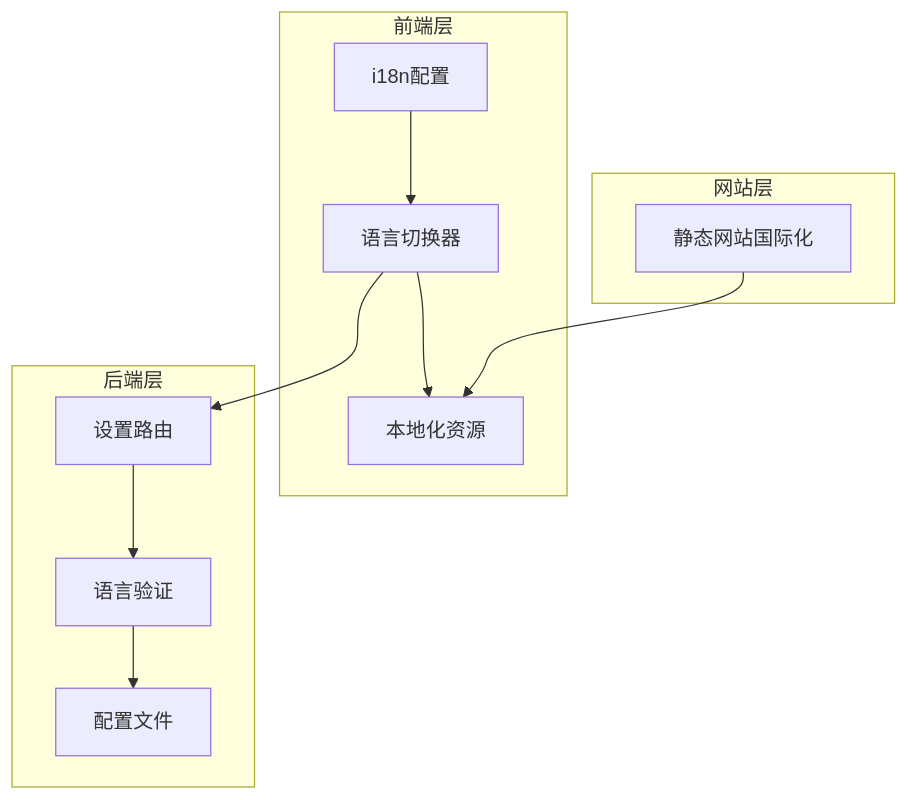
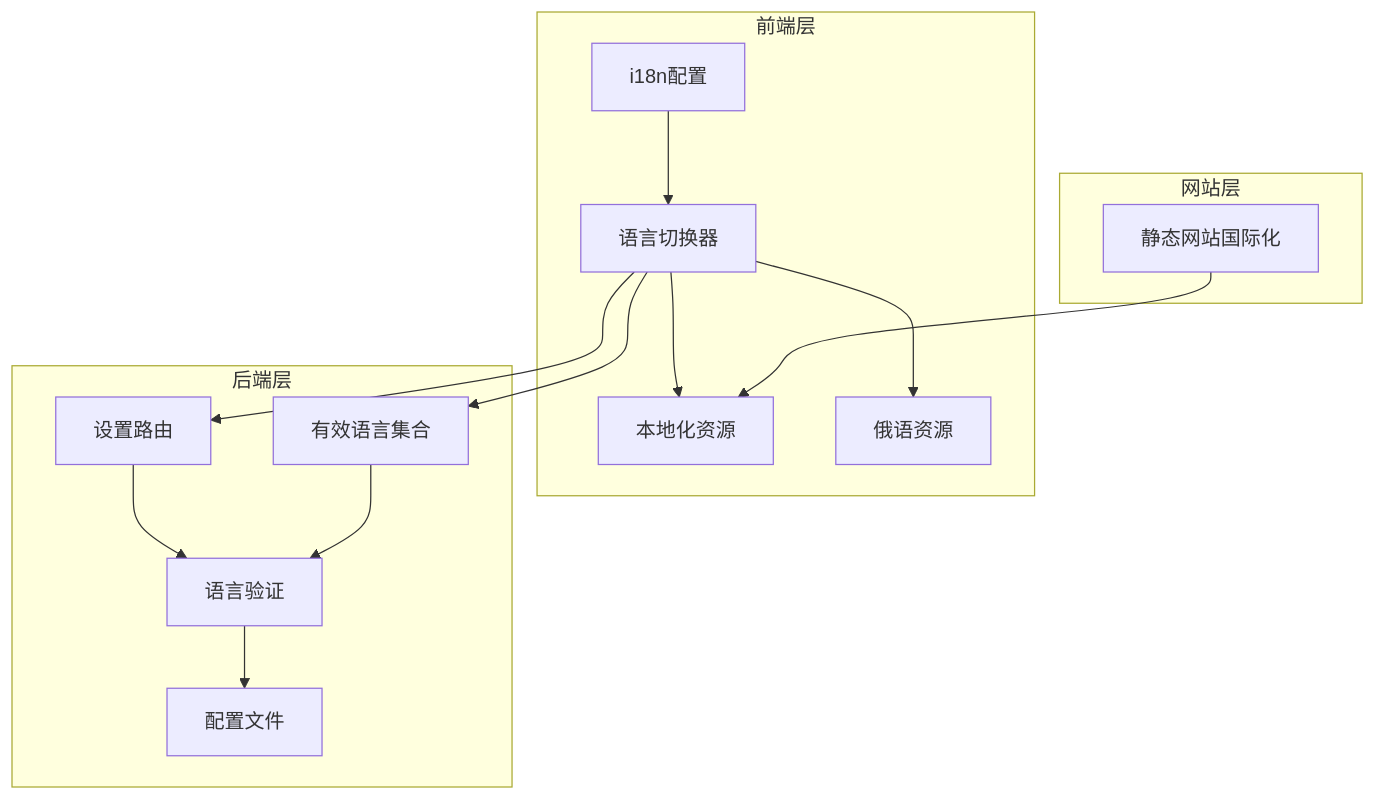
Before and after one commit to livehl/CoPaw: the first of 4 diagrams in .qoder/repowiki/zh/content/前端控制台应用/国际化与本地化/增强的多语言支持.md, drawn with Mermaid. The commit also changed other lines of this file and 12 other files, not shown here.

````diff
--- a/.qoder/repowiki/zh/content/前端控制台应用/国际化与本地化/增强的多语言支持.md
+++ b/.qoder/repowiki/zh/content/前端控制台应用/国际化与本地化/增强的多语言支持.md
@@ -35,22 +50,27 @@
 ```mermaid
 graph TB
 subgraph "前端层"
 A[i18n配置]
 B[语言切换器]
 C[本地化资源]
+D[俄语资源]
 end
 subgraph "后端层"
-D[设置路由]
-E[语言验证]
-F[配置文件]
+E[设置路由]
+F[语言验证]
+G[配置文件]
+H[有效语言集合]
 end
 subgraph "网站层"
-G[静态网站国际化]
+I[静态网站国际化]
 end
 A --> B
 B --> C
 B --> D
-D --> E
+B --> H
+B --> E
 E --> F
-G --> C
+F --> G
+H --> F
+I --> C
 ```
````
